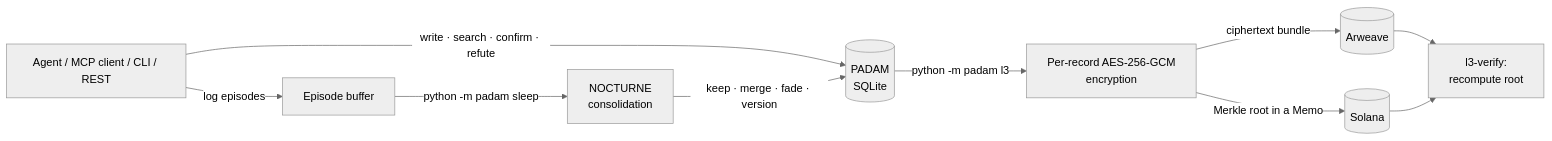
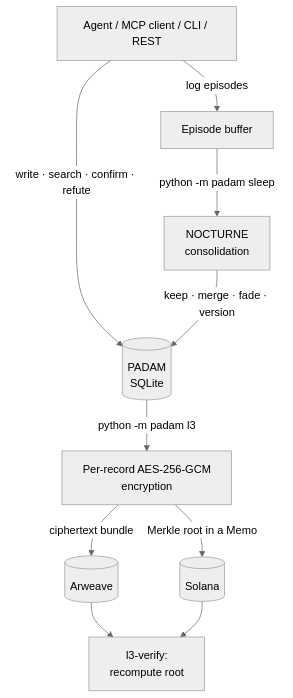
Before and after one commit to MaksimGalatin/padam-nocturne: the diagram in README.md, drawn with Mermaid (neutral theme). The commit also changed 1 other file, not shown here.

Commit message:
README: схема слоёв сверху вниз — в строку на GitHub была нечитаемо мелкой # ОТДЕЛЬНЫЙ-КОММИТ: первый уже отправлен, найдено проверкой отрисовки

````diff
--- a/README.md
+++ b/README.md
@@ -65,12 +65,12 @@
 ```mermaid
-flowchart LR
+flowchart TB
     A[Agent / MCP client / CLI / REST] -->|write · search · confirm · refute| P[(PADAM<br/>SQLite)]
     A -->|log episodes| B[Episode buffer]
     B -->|python -m padam sleep| N[NOCTURNE<br/>consolidation]
     N -->|keep · merge · fade · version| P
     P -->|python -m padam l3| E[Per-record AES-256-GCM<br/>encryption]
     E -->|ciphertext bundle| AR[(Arweave)]
     E -->|Merkle root in a Memo| SOL[(Solana)]
     AR --> V[l3-verify:<br/>recompute root]
     SOL --> V
 ```
````
